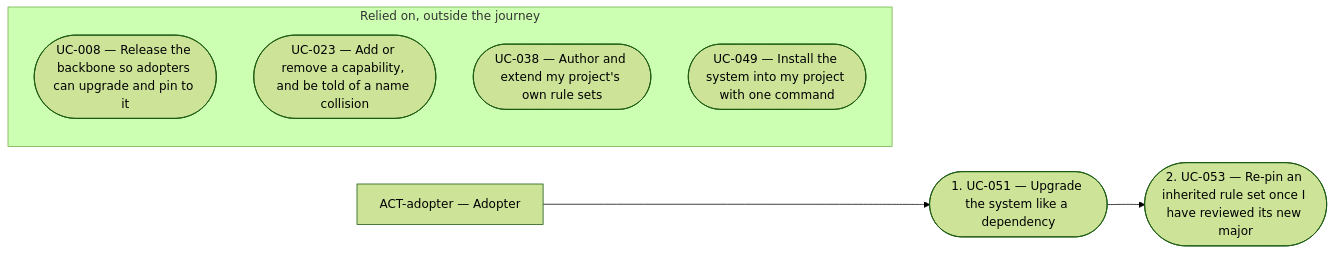
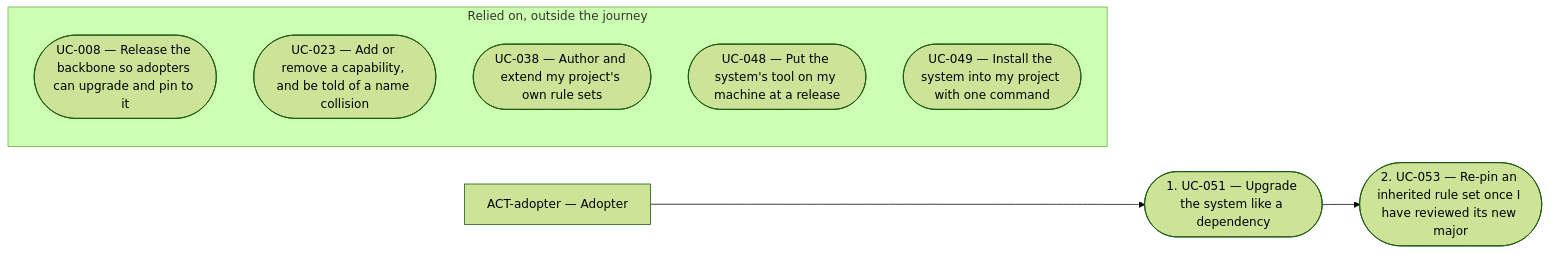
The second of 3 diagrams in tech-docs/analysis/core/overview/README.md (aleskalfas/project-kit), drawn with Mermaid (forest theme) before and after one commit. The commit also changed other lines of this file and 3 other files, not shown here.

````diff
--- a/tech-docs/analysis/core/overview/README.md
+++ b/tech-docs/analysis/core/overview/README.md
@@ -200,16 +200,17 @@
 ```mermaid
 flowchart LR
   accTitle: JRN-002 — Upgrade the system
-  accDescr: The flow of JRN-002: ACT-adopter takes 2 steps in order, UC-051, UC-053. It relies on 4 use cases outside the journey, drawn apart with no arrow.
+  accDescr: The flow of JRN-002: ACT-adopter takes 2 steps in order, UC-051, UC-053. It relies on 5 use cases outside the journey, drawn apart with no arrow.
   ACT_adopter["ACT-adopter — Adopter"]
   step_1(["1. UC-051 — Upgrade the system like a dependency"])
   step_2(["2. UC-053 — Re-pin an inherited rule set once I have reviewed its new major"])
   subgraph relies_on["Relied on, outside the journey"]
     UC_008(["UC-008 — Release the backbone so adopters can upgrade and pin to it"])
     UC_023(["UC-023 — Add or remove a capability, and be told of a name collision"])
     UC_038(["UC-038 — Author and extend my project's own rule sets"])
+    UC_048(["UC-048 — Put the system's tool on my machine at a release"])
     UC_049(["UC-049 — Install the system into my project with one command"])
   end
   ACT_adopter --> step_1
   step_1 --> step_2
 ```
````
